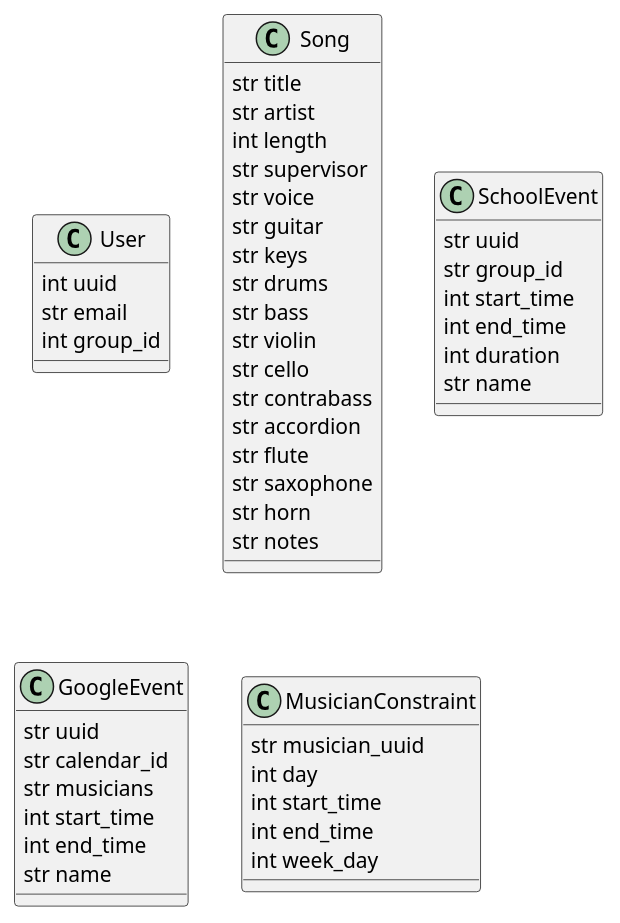
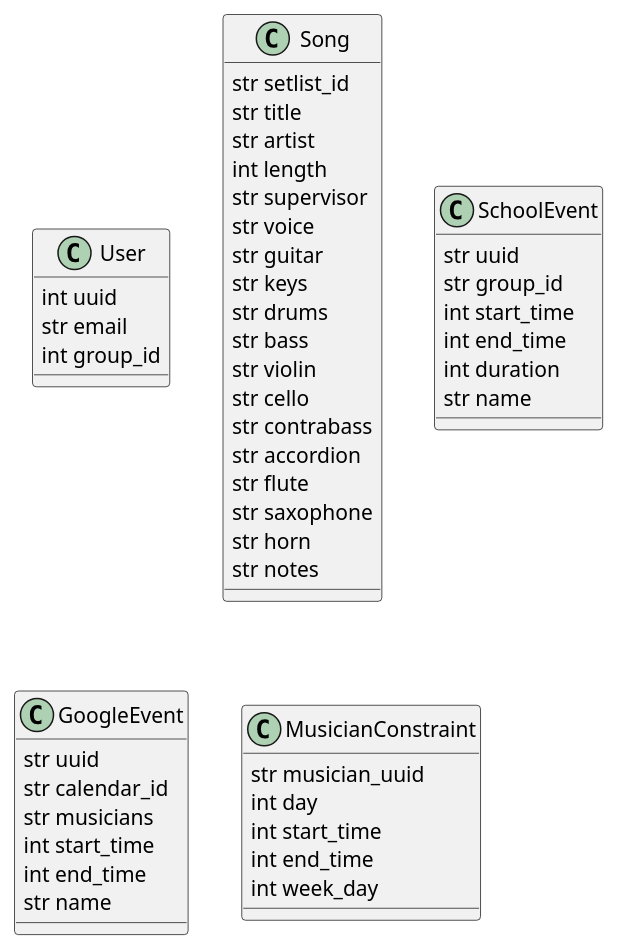
One commit to Tired-Biscuit/artebot changed the diagram in diagram.wsd. Above: the diagram before and after it, drawn with PlantUML. The commit also changed 6 other files, not shown here.

```diff
--- a/diagram.wsd
+++ b/diagram.wsd
@@ -1,52 +1,53 @@
 @startuml Diagram
 
 'Needs the PlantUML extension to be seen
 
 class User
 User : int uuid
 User : str email
 User : int group_id
 
 class Song
+Song : str setlist_id
 Song : str title
 Song : str artist
 Song : int length
 Song : str supervisor
 Song : str voice
 Song : str guitar
 Song : str keys
 Song : str drums
 Song : str bass
 Song : str violin
 Song : str cello
 Song : str contrabass
 Song : str accordion
 Song : str flute
 Song : str saxophone
 Song : str horn
 Song : str notes
 
 class SchoolEvent
 SchoolEvent : str uuid
 SchoolEvent : str group_id
 SchoolEvent : int start_time
 SchoolEvent : int end_time
 SchoolEvent : int duration
 SchoolEvent : str name
 
 class GoogleEvent
 GoogleEvent : str uuid
 GoogleEvent : str calendar_id
 GoogleEvent : str musicians
 GoogleEvent : int start_time
 GoogleEvent : int end_time
 GoogleEvent : str name
 
 class MusicianConstraint
 MusicianConstraint : str musician_uuid
 MusicianConstraint : int day
 MusicianConstraint : int start_time
 MusicianConstraint : int end_time
 MusicianConstraint : int week_day
 
 @enduml
```
